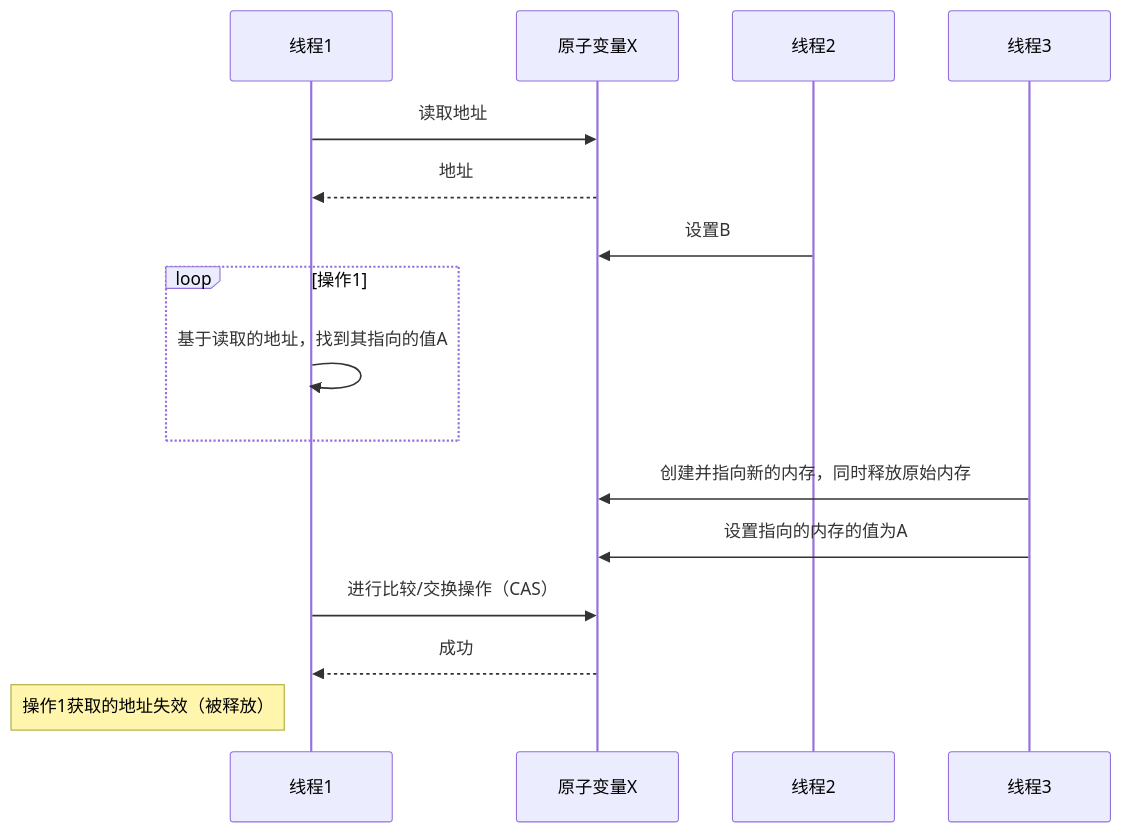
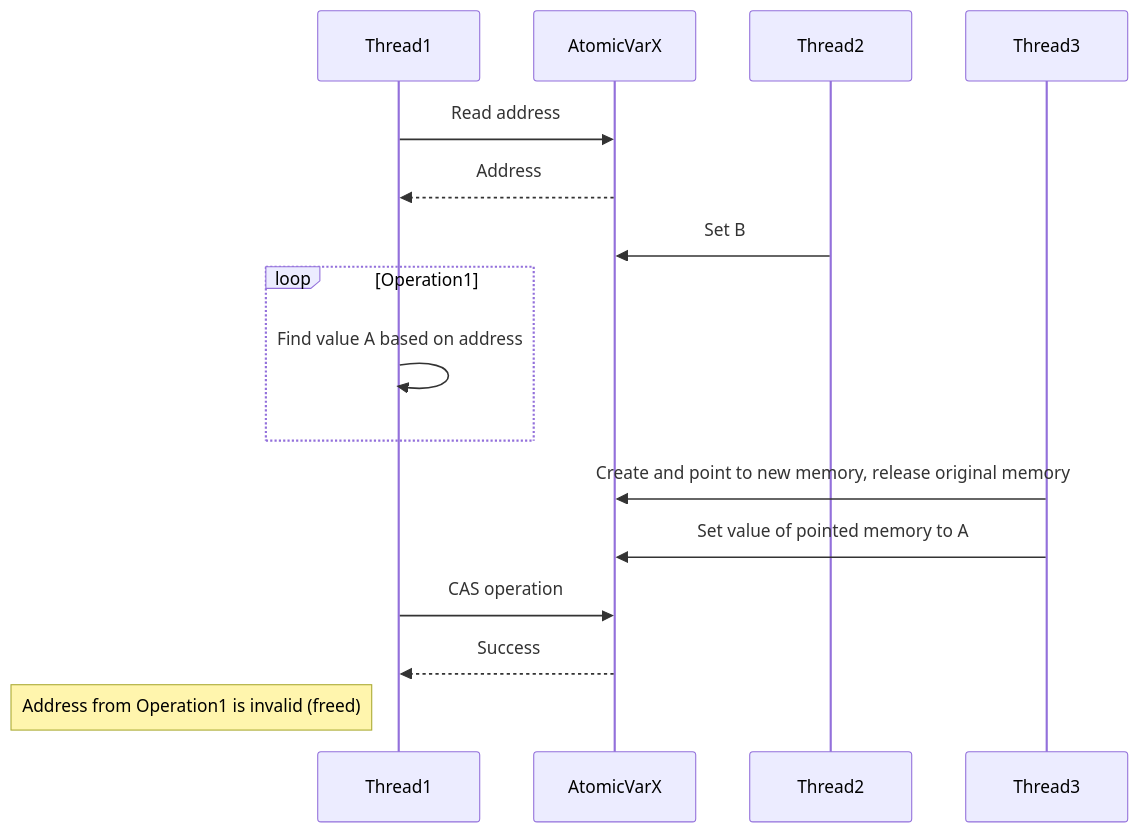
The first of 2 diagrams in LANG/C++/concurrency.md (hanjingo/doc), drawn with Mermaid before and after one commit. The commit also changed other lines of this file and 96 other files, not shown here.

````diff
--- a/LANG/C++/concurrency.md
+++ b/LANG/C++/concurrency.md
@@ -800,17 +762,17 @@
 ```mermaid
 sequenceDiagram
-线程1->>原子变量X:读取地址
-原子变量X-->>线程1:地址
-线程2->>原子变量X:设置B
+Thread1->>AtomicVarX:Read address
+AtomicVarX-->>Thread1:Address
+Thread2->>AtomicVarX:Set B
 
-loop 操作1
-线程1->>线程1:基于读取的地址，找到其指向的值A
+loop Operation1
+Thread1->>Thread1:Find value A based on address
 end
 
-线程3->>原子变量X:创建并指向新的内存，同时释放原始内存
-线程3->>原子变量X:设置指向的内存的值为A
+Thread3->>AtomicVarX:Create and point to new memory, release original memory
+Thread3->>AtomicVarX:Set value of pointed memory to A
 
-线程1->>原子变量X:进行比较/交换操作（CAS）
-原子变量X-->>线程1:成功
-Note left of 线程1:操作1获取的地址失效（被释放）
+Thread1->>AtomicVarX:CAS operation
+AtomicVarX-->>Thread1:Success
+Note left of Thread1:Address from Operation1 is invalid (freed)
 ```
````
